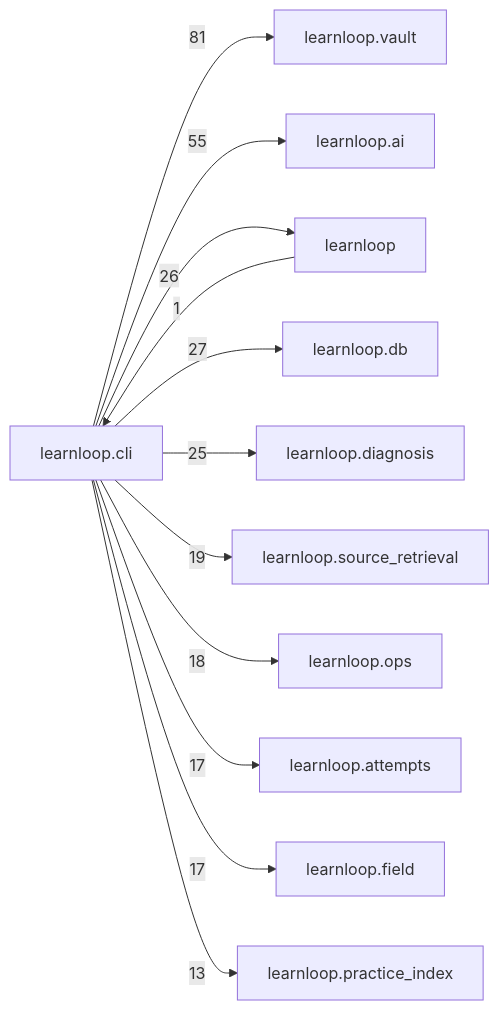
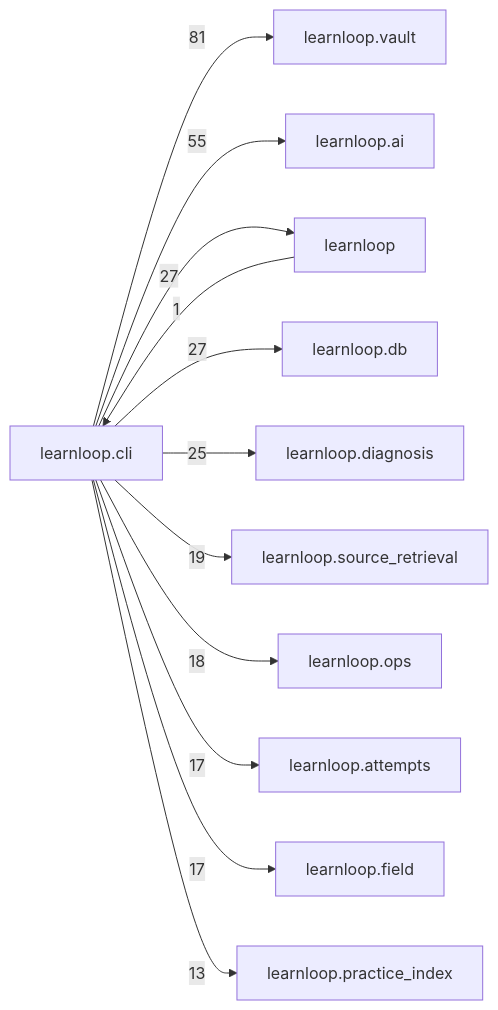
The diagram in docs/learnloop-architecture-vault/Reference/Modules/learnloop/cli/_package.md (6up-b/learnanything), drawn with Mermaid before and after one commit. The commit also changed other lines of this file and 24 other files, not shown here.

First line of the commit message:
Vault: references regenerated after the grading fix round (ER-1, ER-2, ER-3, ER-6)

````diff
--- a/docs/learnloop-architecture-vault/Reference/Modules/learnloop/cli/_package.md
+++ b/docs/learnloop-architecture-vault/Reference/Modules/learnloop/cli/_package.md
@@ -227,25 +227,25 @@
 ```mermaid
 flowchart LR
     center["learnloop.cli"]
     n_learnloop_vault["learnloop.vault"]
     n_learnloop_ai["learnloop.ai"]
     n_learnloop["learnloop"]
     n_learnloop_db["learnloop.db"]
     n_learnloop_diagnosis["learnloop.diagnosis"]
     n_learnloop_source_retrieval["learnloop.source_retrieval"]
     n_learnloop_ops["learnloop.ops"]
     n_learnloop_attempts["learnloop.attempts"]
     n_learnloop_field["learnloop.field"]
     n_learnloop_practice_index["learnloop.practice_index"]
     center -->|81| n_learnloop_vault
     center -->|55| n_learnloop_ai
     n_learnloop -->|1| center
-    center -->|26| n_learnloop
+    center -->|27| n_learnloop
     center -->|27| n_learnloop_db
     center -->|25| n_learnloop_diagnosis
     center -->|19| n_learnloop_source_retrieval
     center -->|18| n_learnloop_ops
     center -->|17| n_learnloop_attempts
     center -->|17| n_learnloop_field
     center -->|13| n_learnloop_practice_index
 ```
````
